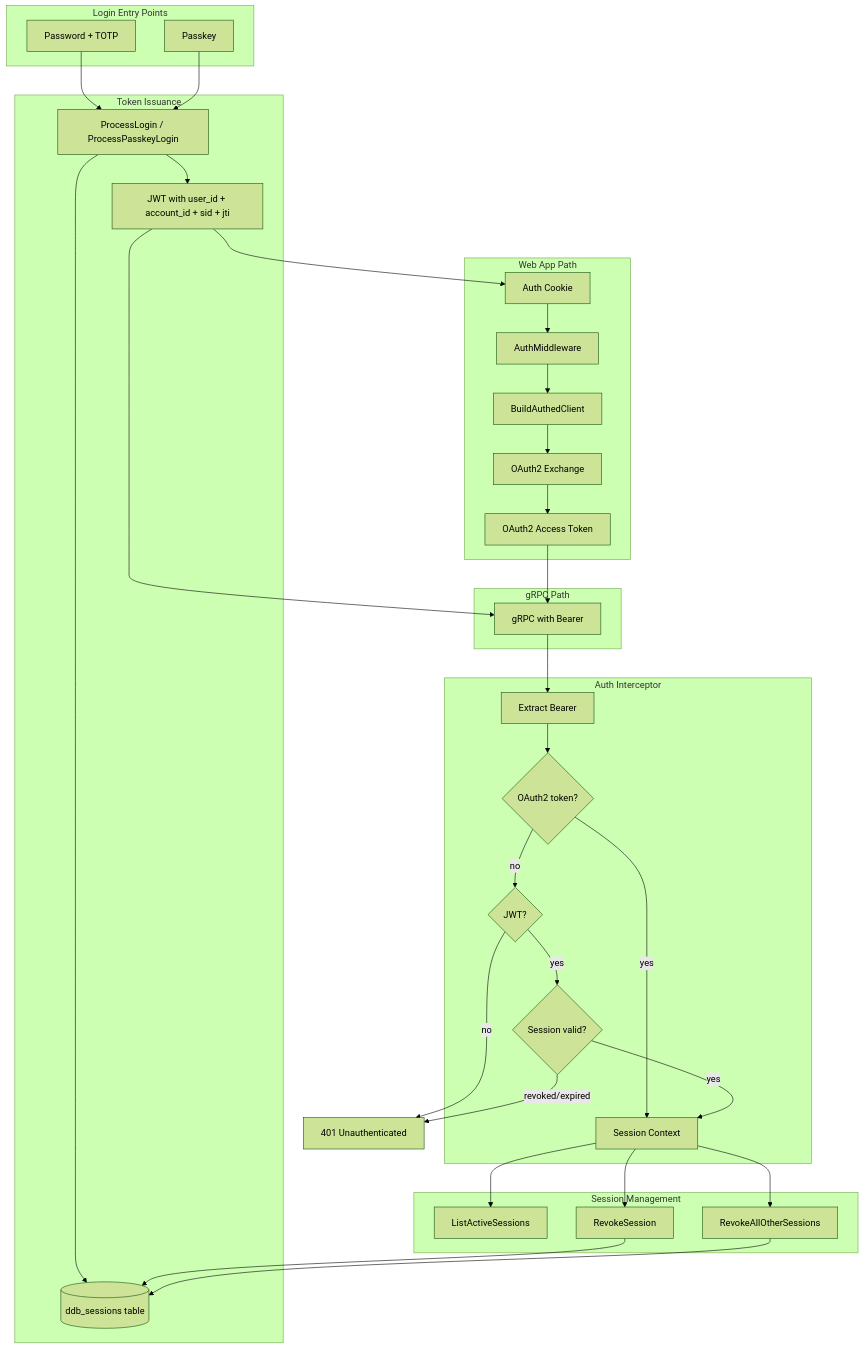
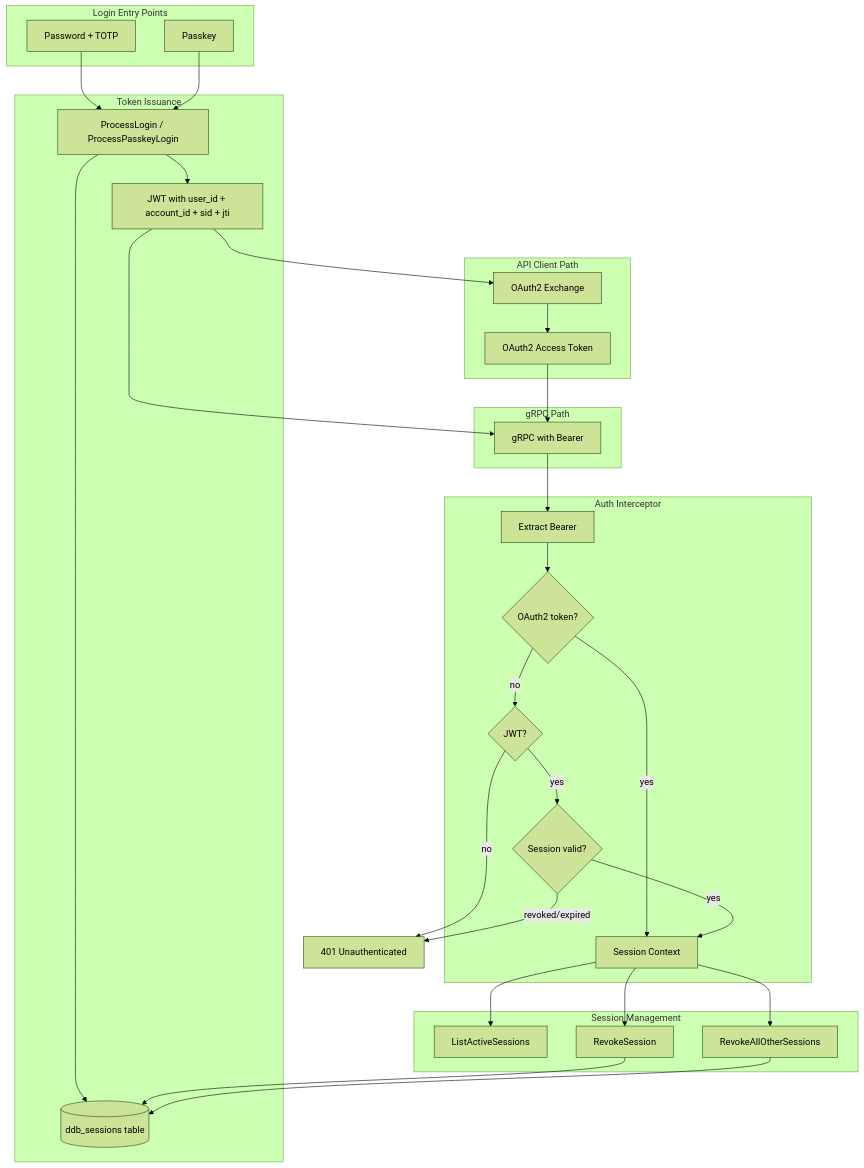
Before and after one commit to primandproper/dinnerdonebetter: the diagram in docs/auth-flow.md, drawn with Mermaid (forest theme). The commit also changed other lines of this file and 38 other files, not shown here.

````diff
--- a/docs/auth-flow.md
+++ b/docs/auth-flow.md
@@ -411,67 +431,61 @@
 ```mermaid
 flowchart TB
     subgraph "Login Entry Points"
         PW[Password + TOTP]
         PK[Passkey]
     end
 
     subgraph "Token Issuance"
         PM[ProcessLogin / ProcessPasskeyLogin]
         SESS[(ddb_sessions table)]
         JWT[JWT with user_id + account_id + sid + jti]
     end
 
     PW --> PM
     PK --> PM
 
     PM --> SESS
     PM --> JWT
 
-    subgraph "Web App Path"
-        Cookie[Auth Cookie]
-        MW[AuthMiddleware]
-        BC[BuildAuthedClient]
+    subgraph "API Client Path"
         OAuth2[OAuth2 Exchange]
         OAT[OAuth2 Access Token]
     end
 
-    JWT --> Cookie
-    Cookie --> MW
-    MW --> BC
-    BC --> OAuth2
+    JWT --> OAuth2
     OAuth2 --> OAT
 
     subgraph "gRPC Path"
         OAT --> gRPC[gRPC with Bearer]
         JWT --> gRPC
     end
 
     subgraph "Auth Interceptor"
         AI[Extract Bearer]
         O2Check{OAuth2 token?}
         JWTCheck{JWT?}
         SessCheck{Session valid?}
         SC[Session Context]
     end
 
     gRPC --> AI
     AI --> O2Check
     O2Check -->|yes| SC
     O2Check -->|no| JWTCheck
     JWTCheck -->|yes| SessCheck
     JWTCheck -->|no| Err[401 Unauthenticated]
     SessCheck -->|yes| SC
     SessCheck -->|revoked/expired| Err
 
     subgraph "Session Management"
         LS[ListActiveSessions]
         RS[RevokeSession]
         RA[RevokeAllOtherSessions]
     end
 
     SC --> LS
     SC --> RS
     SC --> RA
     RS --> SESS
     RA --> SESS
 ```
````
